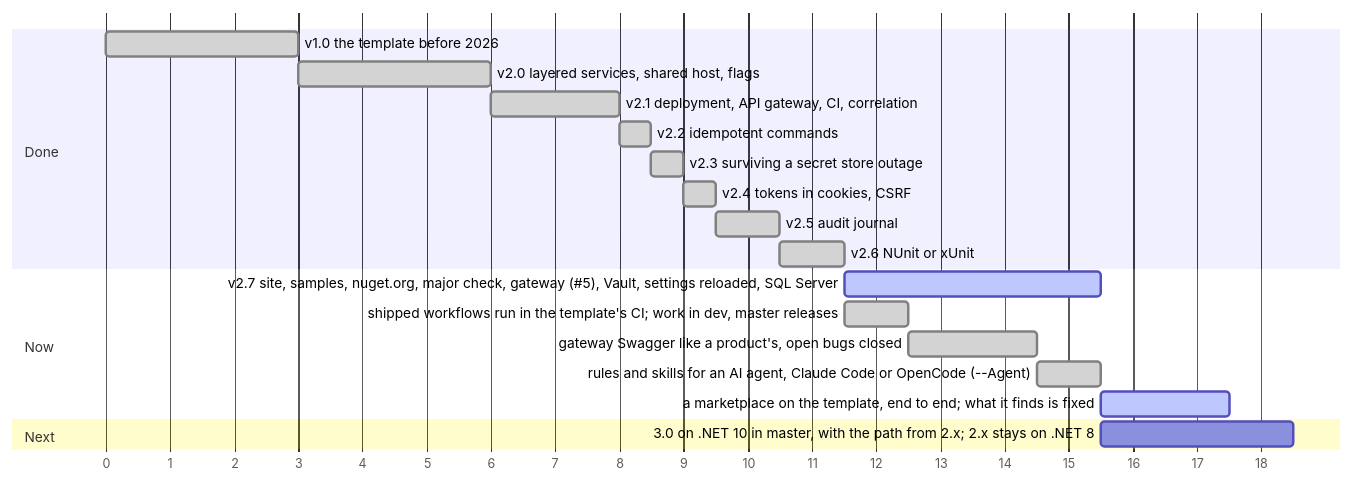
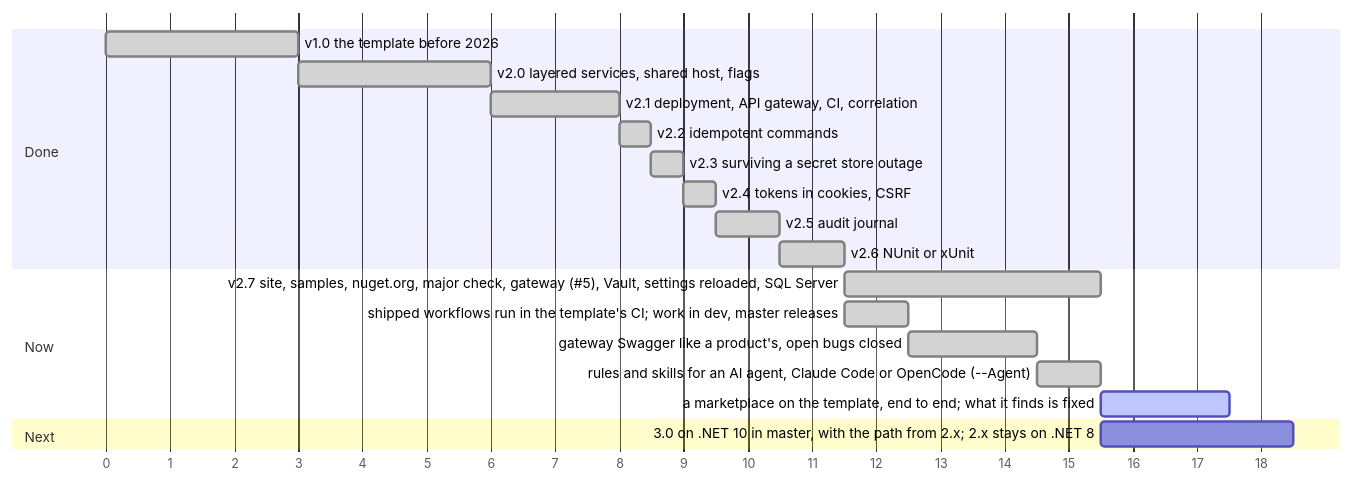
One commit to Vovanda/DotNetSolutionKit changed the diagram in docs/roadmap.ru.md. Above: the diagram before and after it, drawn with Mermaid. The commit also changed 6 other files, not shown here.

First line of the commit message:
release: 2.7.0 - SQL Server, HashiCorp Vault and a stronger API gateway

````diff
--- a/docs/roadmap.ru.md
+++ b/docs/roadmap.ru.md
@@ -5,26 +5,26 @@
 ```mermaid
 gantt
     dateFormat X
     axisFormat %s
     tickInterval 1second
 
     section Done
     v1.0 the template before 2026                         :done, s1, 0, 3000ms
     v2.0 layered services, shared host, flags             :done, s2, after s1, 3000ms
     v2.1 deployment, API gateway, CI, correlation         :done, s3, after s2, 2000ms
     v2.2 idempotent commands                              :done, s4, after s3, 500ms
     v2.3 surviving a secret store outage                  :done, s5, after s4, 500ms
     v2.4 tokens in cookies, CSRF                          :done, s6, after s5, 500ms
     v2.5 audit journal                                    :done, s7, after s6, 1000ms
     v2.6 NUnit or xUnit                                   :done, s8, after s7, 1000ms
 
     section Now
-    v2.7 site, samples, nuget.org, major check, gateway (#5), Vault, settings reloaded, SQL Server :active, s9, after s8, 4000ms
+    v2.7 site, samples, nuget.org, major check, gateway (#5), Vault, settings reloaded, SQL Server :done, s9, after s8, 4000ms
     shipped workflows run in the template's CI; work in dev, master releases :done, s10, after s8, 1000ms
     gateway Swagger like a product's, open bugs closed :done, s11, after s10, 2000ms
     rules and skills for an AI agent, Claude Code or OpenCode (--Agent) :done, s12, after s11, 1000ms
     a marketplace on the template, end to end; what it finds is fixed :active, s13, after s12, 2000ms
 
     section Next
     3.0 on .NET 10 in master, with the path from 2.x; 2.x stays on .NET 8 :s15, after s9, 3000ms
 ```
````
